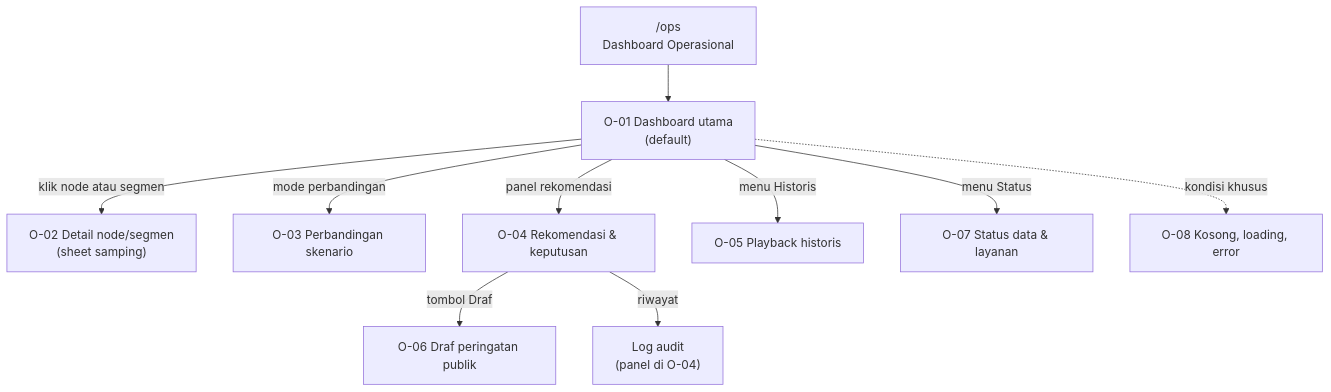
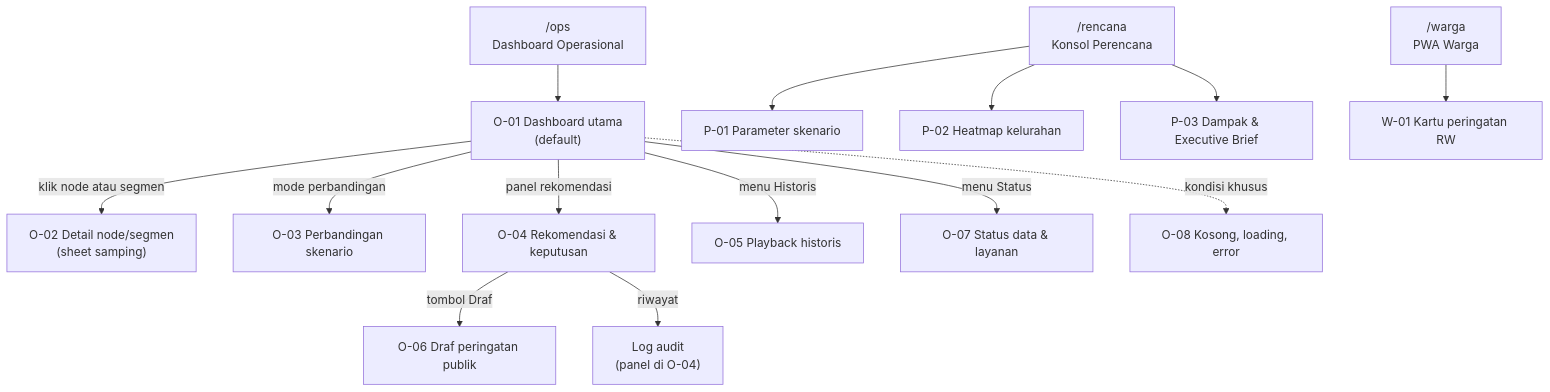
The diagram in docs/ui-prototype/README.md (argonurcahyo/si_bridges), drawn with Mermaid before and after one commit. The commit also changed other lines of this file and 40 other files, not shown here.

First line of the commit message:
Add scripts for geospatial processing and diagram generation

````diff
--- a/docs/ui-prototype/README.md
+++ b/docs/ui-prototype/README.md
@@ -16,13 +20,19 @@
 ```mermaid
 flowchart TB
     ROOT["/ops<br/>Dashboard Operasional"]
+    PLAN["/rencana<br/>Konsol Perencana"]
+    WARGA["/warga<br/>PWA Warga"]
     ROOT --> O01["O-01 Dashboard utama<br/>(default)"]
     O01 -->|klik node atau segmen| O02["O-02 Detail node/segmen<br/>(sheet samping)"]
     O01 -->|mode perbandingan| O03["O-03 Perbandingan skenario"]
     O01 -->|panel rekomendasi| O04["O-04 Rekomendasi & keputusan"]
     O04 -->|tombol Draf| O06["O-06 Draf peringatan publik"]
     O01 -->|menu Historis| O05["O-05 Playback historis"]
     O01 -->|menu Status| O07["O-07 Status data & layanan"]
     O01 -.->|kondisi khusus| O08["O-08 Kosong, loading, error"]
     O04 -->|riwayat| LOG["Log audit<br/>(panel di O-04)"]
+    PLAN --> P01["P-01 Parameter skenario"]
+    PLAN --> P02["P-02 Heatmap kelurahan"]
+    PLAN --> P03["P-03 Dampak & Executive Brief"]
+    WARGA --> W01["W-01 Kartu peringatan RW"]
 ```
````
